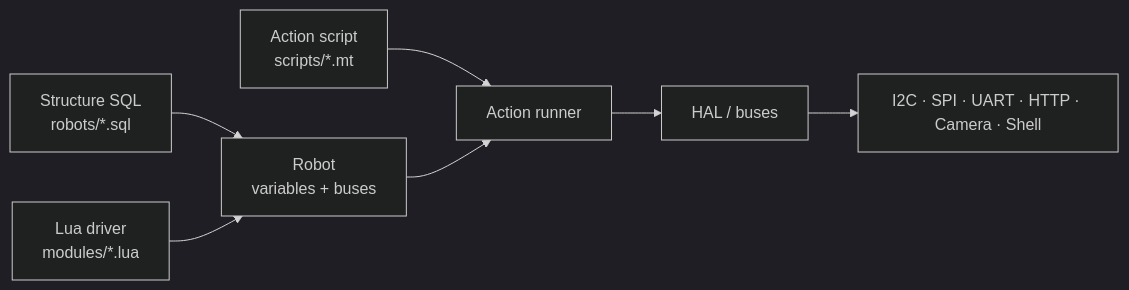
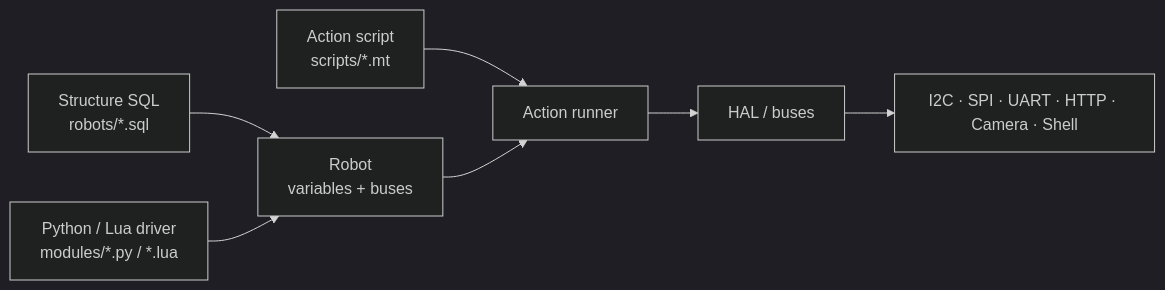
The first of 3 diagrams in docs/architecture.md (gopsc/mybot), drawn with Mermaid (dark theme) before and after one commit. The commit also changed other lines of this file and 30 other files, not shown here.

First line of the commit message:
feat(drivers): support native Python modules from SQL

````diff
--- a/docs/architecture.md
+++ b/docs/architecture.md
@@ -8,9 +8,9 @@
 ```mermaid
 flowchart LR
     SQL["Structure SQL<br/>robots/*.sql"] --> ROBOT["Robot<br/>variables + buses"]
-    LUA["Lua driver<br/>modules/*.lua"] --> ROBOT
+    DRIVER["Python / Lua driver<br/>modules/*.py / *.lua"] --> ROBOT
     MT["Action script<br/>scripts/*.mt"] --> RUNNER["Action runner"]
     ROBOT --> RUNNER
     RUNNER --> HAL["HAL / buses"]
     HAL --> DEV["I2C · SPI · UART · HTTP · Camera · Shell"]
 ```
````
